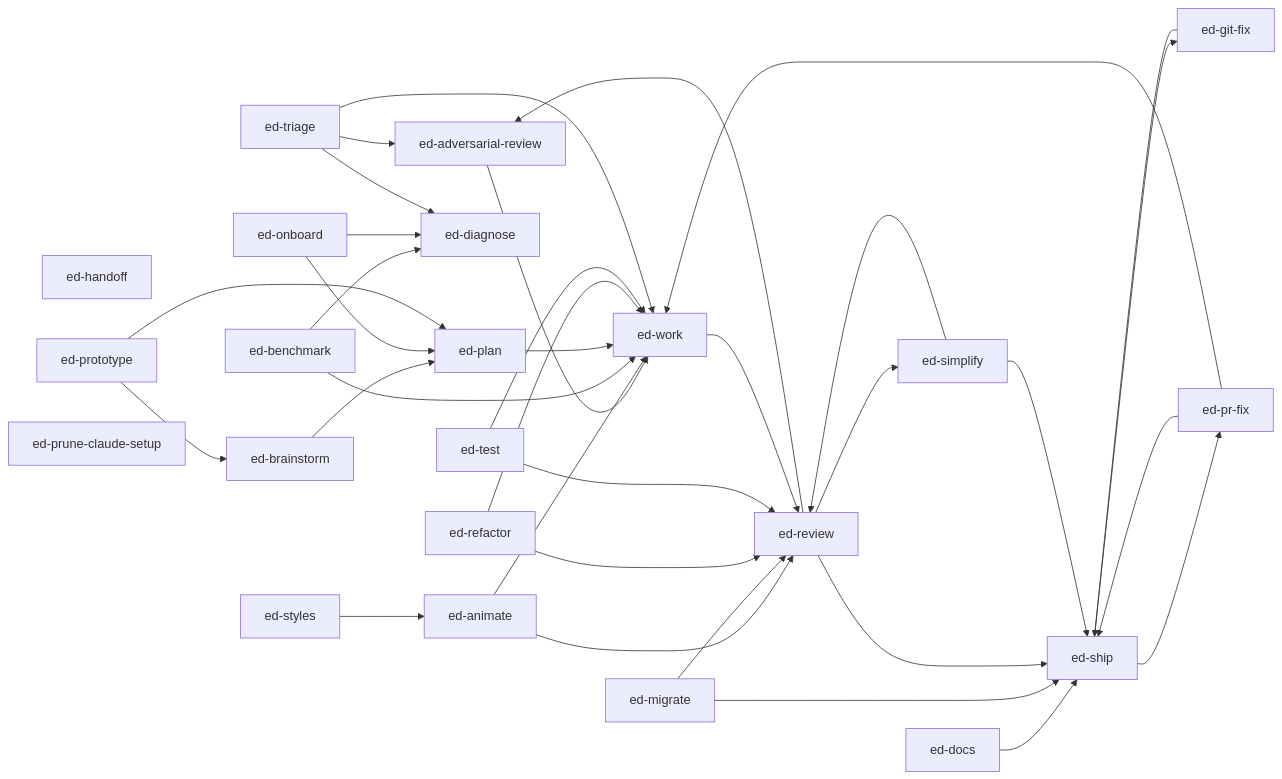
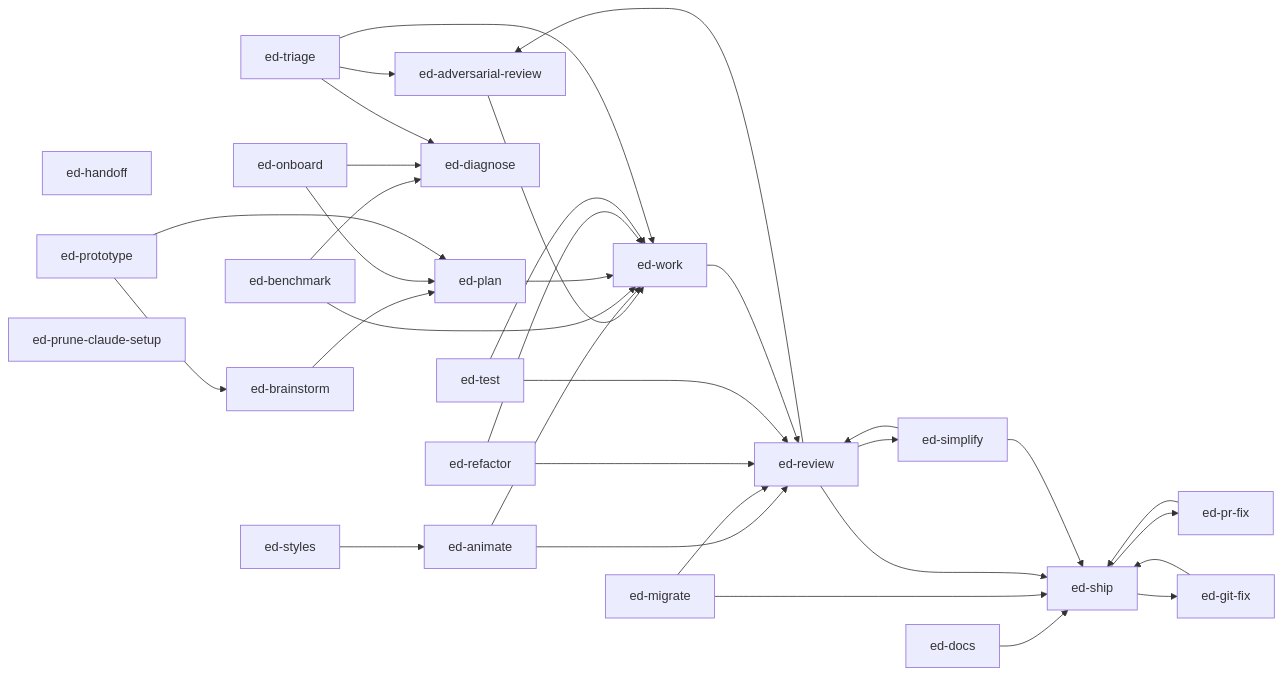
Before and after one commit to emiliodominguez/flow-skills: the diagram in docs/SKILL-MAP.md, drawn with Mermaid. The commit also changed other lines of this file and 11 other files, not shown here.

````diff
--- a/docs/SKILL-MAP.md
+++ b/docs/SKILL-MAP.md
@@ -9,58 +9,57 @@
 ```mermaid
 flowchart LR
   ed_adversarial_review["ed-adversarial-review"]
   ed_animate["ed-animate"]
   ed_benchmark["ed-benchmark"]
   ed_brainstorm["ed-brainstorm"]
   ed_diagnose["ed-diagnose"]
   ed_docs["ed-docs"]
   ed_git_fix["ed-git-fix"]
   ed_handoff["ed-handoff"]
   ed_migrate["ed-migrate"]
   ed_onboard["ed-onboard"]
   ed_plan["ed-plan"]
   ed_pr_fix["ed-pr-fix"]
   ed_prototype["ed-prototype"]
   ed_prune_claude_setup["ed-prune-claude-setup"]
   ed_refactor["ed-refactor"]
   ed_review["ed-review"]
   ed_ship["ed-ship"]
   ed_simplify["ed-simplify"]
   ed_styles["ed-styles"]
   ed_test["ed-test"]
   ed_triage["ed-triage"]
   ed_work["ed-work"]
   ed_adversarial_review --> ed_work
   ed_animate --> ed_work
   ed_animate --> ed_review
   ed_benchmark --> ed_diagnose
   ed_benchmark --> ed_work
   ed_brainstorm --> ed_plan
   ed_docs --> ed_ship
   ed_git_fix --> ed_ship
   ed_migrate --> ed_review
   ed_migrate --> ed_ship
   ed_onboard --> ed_plan
   ed_onboard --> ed_diagnose
   ed_plan --> ed_work
   ed_pr_fix --> ed_ship
-  ed_pr_fix --> ed_work
   ed_prototype --> ed_brainstorm
   ed_prototype --> ed_plan
   ed_refactor --> ed_work
   ed_refactor --> ed_review
   ed_review --> ed_adversarial_review
   ed_review --> ed_simplify
   ed_review --> ed_ship
   ed_ship --> ed_pr_fix
   ed_ship --> ed_git_fix
   ed_simplify --> ed_review
   ed_simplify --> ed_ship
   ed_styles --> ed_animate
   ed_test --> ed_work
   ed_test --> ed_review
   ed_triage --> ed_diagnose
   ed_triage --> ed_work
   ed_triage --> ed_adversarial_review
   ed_work --> ed_review
 ```
````
